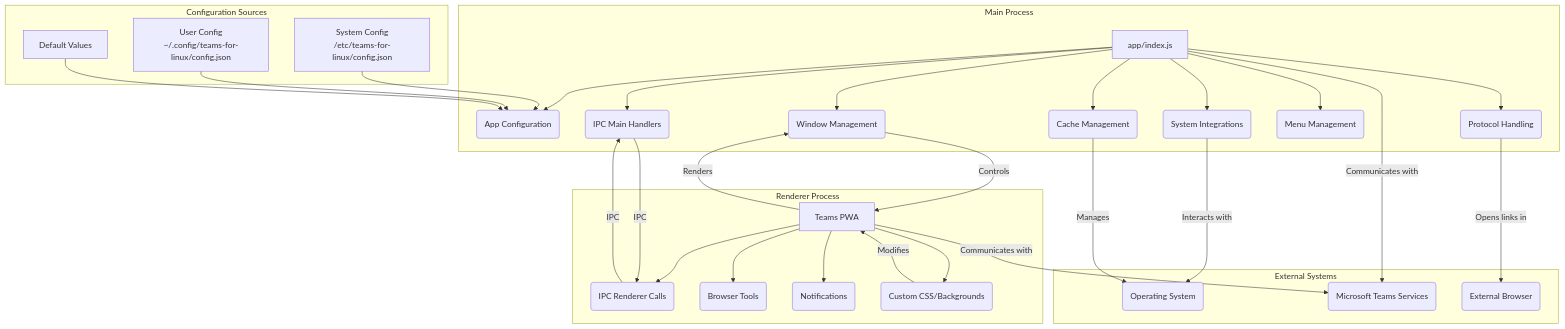
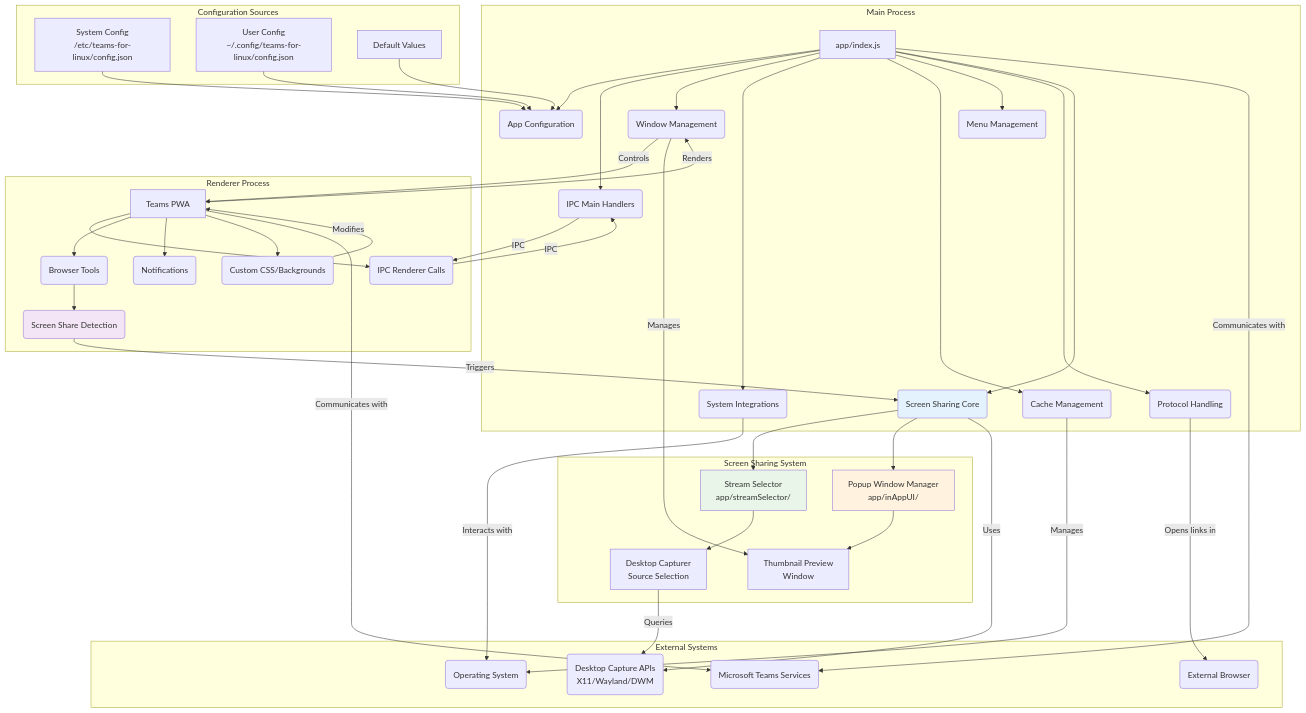
Before and after one commit to IsmaelMartinez/teams-for-linux: the diagram in docs/README.md, drawn with Mermaid. The commit also changed other lines of this file and 3 other files, not shown here.

First line of the commit message:
docs: comprehensive screen sharing documentation

````diff
--- a/docs/README.md
+++ b/docs/README.md
@@ -23,50 +24,70 @@
 ```mermaid
 graph TD
     subgraph Main Process
         A[app/index.js] --> B(App Configuration)
         A --> C(IPC Main Handlers)
         A --> D(Window Management)
         A --> E(System Integrations)
         A --> F(Cache Management)
         A --> G(Menu Management)
         A --> H(Protocol Handling)
+        A --> T(Screen Sharing Core)
     end
 
     subgraph Configuration Sources
         Q[System Config<br>/etc/teams-for-linux/config.json]
         R[User Config<br>~/.config/teams-for-linux/config.json]
         S[Default Values]
     end
 
     subgraph Renderer Process
         I[Teams PWA] --> J(IPC Renderer Calls)
         I --> K(Browser Tools)
         I --> L(Notifications)
         I --> M(Custom CSS/Backgrounds)
+        K --> U(Screen Share Detection)
+    end
+    
+    subgraph Screen Sharing System
+        T --> V[Stream Selector<br>app/streamSelector/]
+        T --> W[Popup Window Manager<br>app/inAppUI/]
+        V --> X[Desktop Capturer<br>Source Selection]
+        W --> Y[Thumbnail Preview<br>Window]
     end
 
     subgraph External Systems
         N(Operating System)
         O(Microsoft Teams Services)
         P(External Browser)
+        Z(Desktop Capture APIs<br>X11/Wayland/DWM)
     end
 
     Q --> B
     R --> B
     S --> B
 
     C -- IPC --> J
     J -- IPC --> C
 
     D -- Controls --> I
     I -- Renders --> D
+    D -- Manages --> Y
 
     E -- Interacts with --> N
     H -- Opens links in --> P
 
     I -- Communicates with --> O
     A -- Communicates with --> O
 
     F -- Manages --> N
     M -- Modifies --> I
+    
+    U -- Triggers --> T
+    T -- Uses --> Z
+    X -- Queries --> Z
+    
+    style T fill:#e3f2fd
+    style V fill:#e8f5e8
+    style W fill:#fff3e0
+    style U fill:#f3e5f5
 ```
````
